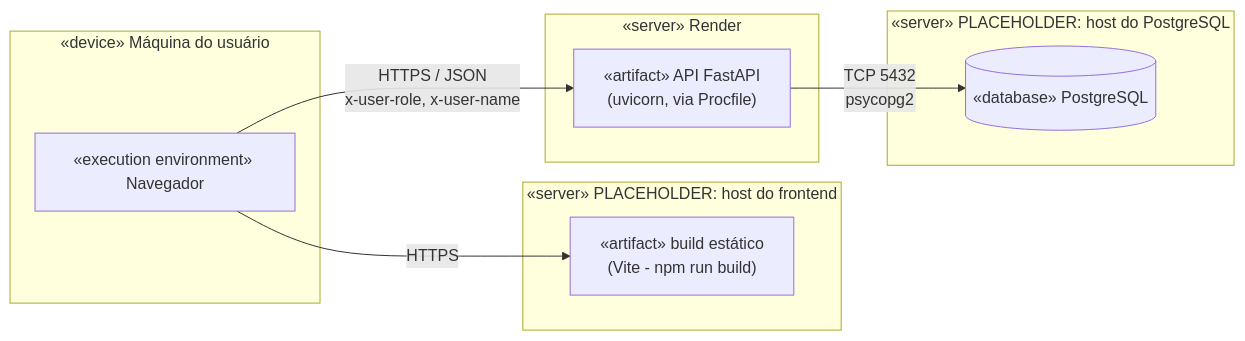
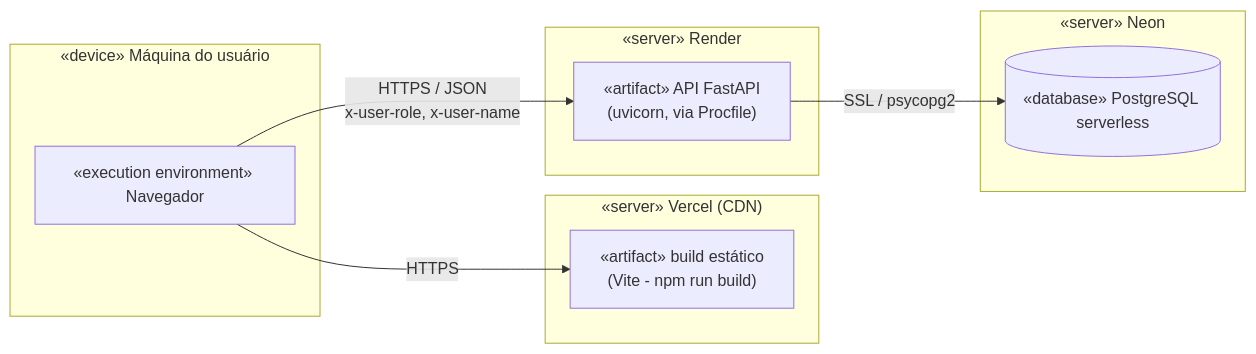
Before and after one commit to Mykaell-Max/Gerenciador-de-estoque-PDS: the seventh of 7 diagrams in wiki/Análise-e-Projeto-do-Software.md, drawn with Mermaid. The commit also changed other lines of this file and 10 other files, not shown here.

````diff
--- a/wiki/Análise-e-Projeto-do-Software.md
+++ b/wiki/Análise-e-Projeto-do-Software.md
@@ -284,22 +284,22 @@
 ```mermaid
 flowchart LR
     subgraph ClientNode["«device» Máquina do usuário"]
         Browser["«execution environment» Navegador"]
     end
 
-    subgraph HostFE["«server» PLACEHOLDER: host do frontend"]
+    subgraph HostFE["«server» Vercel (CDN)"]
         FEArtifact["«artifact» build estático\n(Vite - npm run build)"]
     end
 
     subgraph HostBE["«server» Render"]
         BEArtifact["«artifact» API FastAPI\n(uvicorn, via Procfile)"]
     end
 
-    subgraph HostDB["«server» PLACEHOLDER: host do PostgreSQL"]
-        DBArtifact[("«database» PostgreSQL")]
+    subgraph HostDB["«server» Neon"]
+        DBArtifact[("«database» PostgreSQL serverless")]
     end
 
     Browser -- "HTTPS" --> FEArtifact
     Browser -- "HTTPS / JSON\nx-user-role, x-user-name" --> BEArtifact
-    BEArtifact -- "TCP 5432\npsycopg2" --> DBArtifact
+    BEArtifact -- "SSL / psycopg2" --> DBArtifact
 ```
````
